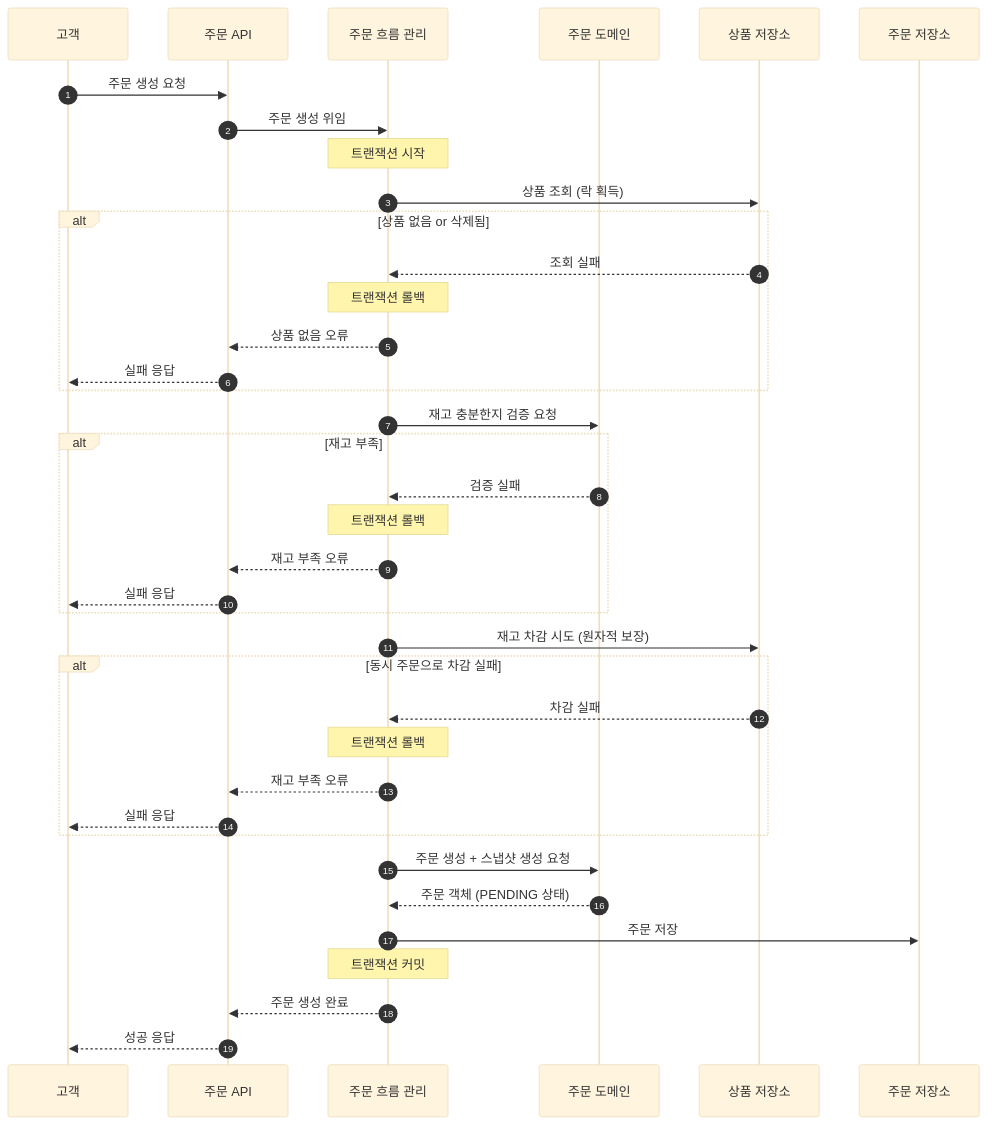
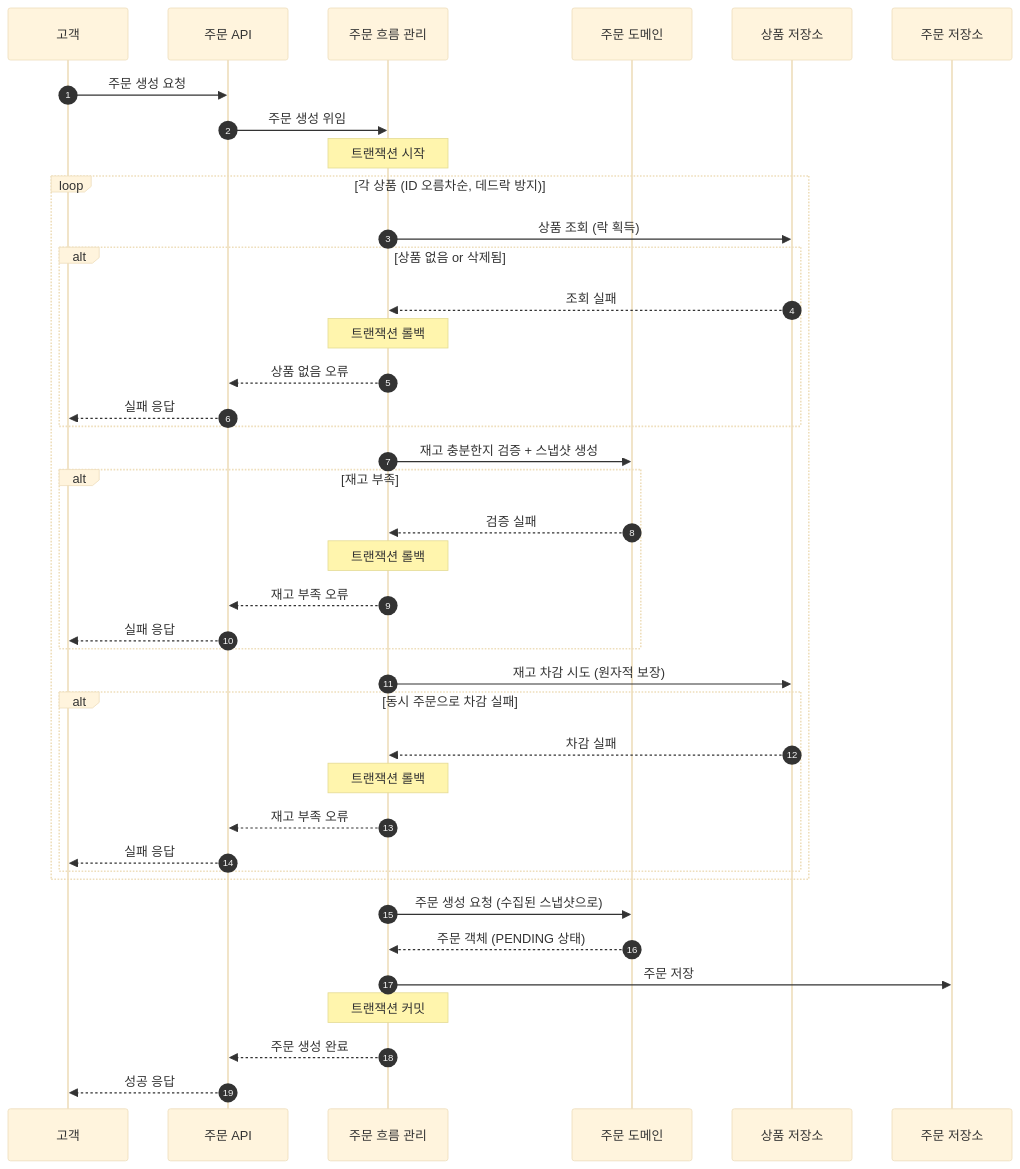
The first of 6 diagrams in docs/design/02-sequence-diagrams.md (Loopers-dev-lab/loop-pack-be-l2-vol3-kotlin), drawn with Mermaid (base theme) before and after one commit. The commit also changed 16 other files, not shown here.

````diff
--- a/docs/design/02-sequence-diagrams.md
+++ b/docs/design/02-sequence-diagrams.md
@@ -38,54 +38,56 @@
 ```mermaid
 sequenceDiagram
     autonumber
     participant 고객
     participant API as 주문 API
     participant 흐름 as 주문 흐름 관리
     participant 도메인 as 주문 도메인
     participant 상품저장소 as 상품 저장소
     participant 주문저장소 as 주문 저장소
 
     고객->>API: 주문 생성 요청
 
     API->>흐름: 주문 생성 위임
 
     Note over 흐름: 트랜잭션 시작
 
-    흐름->>상품저장소: 상품 조회 (락 획득)
+    loop 각 상품 (ID 오름차순, 데드락 방지)
+        흐름->>상품저장소: 상품 조회 (락 획득)
 
-    alt 상품 없음 or 삭제됨
-        상품저장소-->>흐름: 조회 실패
-        Note over 흐름: 트랜잭션 롤백
-        흐름-->>API: 상품 없음 오류
-        API-->>고객: 실패 응답
+        alt 상품 없음 or 삭제됨
+            상품저장소-->>흐름: 조회 실패
+            Note over 흐름: 트랜잭션 롤백
+            흐름-->>API: 상품 없음 오류
+            API-->>고객: 실패 응답
+        end
+
+        흐름->>도메인: 재고 충분한지 검증 + 스냅샷 생성
+
+        alt 재고 부족
+            도메인-->>흐름: 검증 실패
+            Note over 흐름: 트랜잭션 롤백
+            흐름-->>API: 재고 부족 오류
+            API-->>고객: 실패 응답
+        end
+
+        흐름->>상품저장소: 재고 차감 시도 (원자적 보장)
+
+        alt 동시 주문으로 차감 실패
+            상품저장소-->>흐름: 차감 실패
+            Note over 흐름: 트랜잭션 롤백
+            흐름-->>API: 재고 부족 오류
+            API-->>고객: 실패 응답
+        end
     end
 
-    흐름->>도메인: 재고 충분한지 검증 요청
-
-    alt 재고 부족
-        도메인-->>흐름: 검증 실패
-        Note over 흐름: 트랜잭션 롤백
-        흐름-->>API: 재고 부족 오류
-        API-->>고객: 실패 응답
-    end
-
-    흐름->>상품저장소: 재고 차감 시도 (원자적 보장)
-
-    alt 동시 주문으로 차감 실패
-        상품저장소-->>흐름: 차감 실패
-        Note over 흐름: 트랜잭션 롤백
-        흐름-->>API: 재고 부족 오류
-        API-->>고객: 실패 응답
-    end
-
-    흐름->>도메인: 주문 생성 + 스냅샷 생성 요청
+    흐름->>도메인: 주문 생성 요청 (수집된 스냅샷으로)
 
     도메인-->>흐름: 주문 객체 (PENDING 상태)
 
     흐름->>주문저장소: 주문 저장
 
     Note over 흐름: 트랜잭션 커밋
 
     흐름-->>API: 주문 생성 완료
     API-->>고객: 성공 응답
 ```
````
